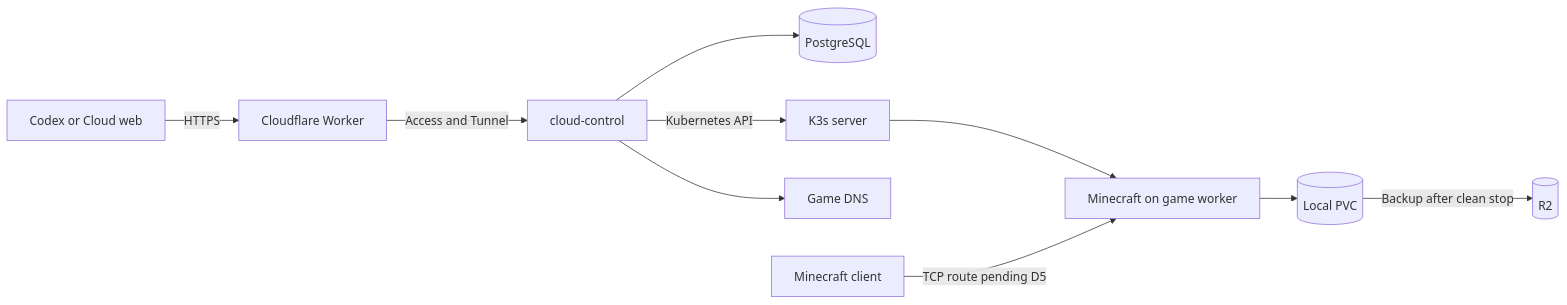
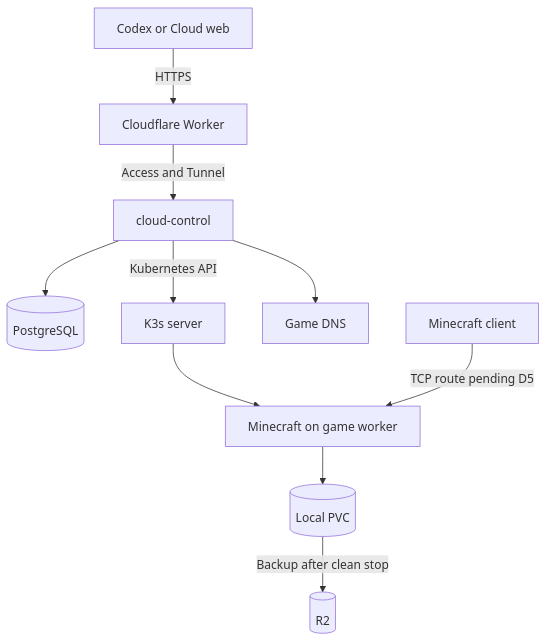
The diagram in docs/architecture.md (147pop/agent-cloud), drawn with Mermaid before and after one commit.

Commit message:
Keep the architecture diagram within the document width

````diff
--- a/docs/architecture.md
+++ b/docs/architecture.md
@@ -15,12 +15,12 @@
 ```mermaid
-flowchart LR
+flowchart TD
     Client[Codex or Cloud web] -->|HTTPS| Edge[Cloudflare Worker]
     Edge -->|Access and Tunnel| Control[cloud-control]
     Control --> DB[(PostgreSQL)]
     Control -->|Kubernetes API| K3s[K3s server]
     K3s --> Game[Minecraft on game worker]
     Game --> Data[(Local PVC)]
     Data -->|Backup after clean stop| Backup[(R2)]
     Control --> DNS[Game DNS]
     Player[Minecraft client] -->|TCP route pending D5| Game
 ```
````
